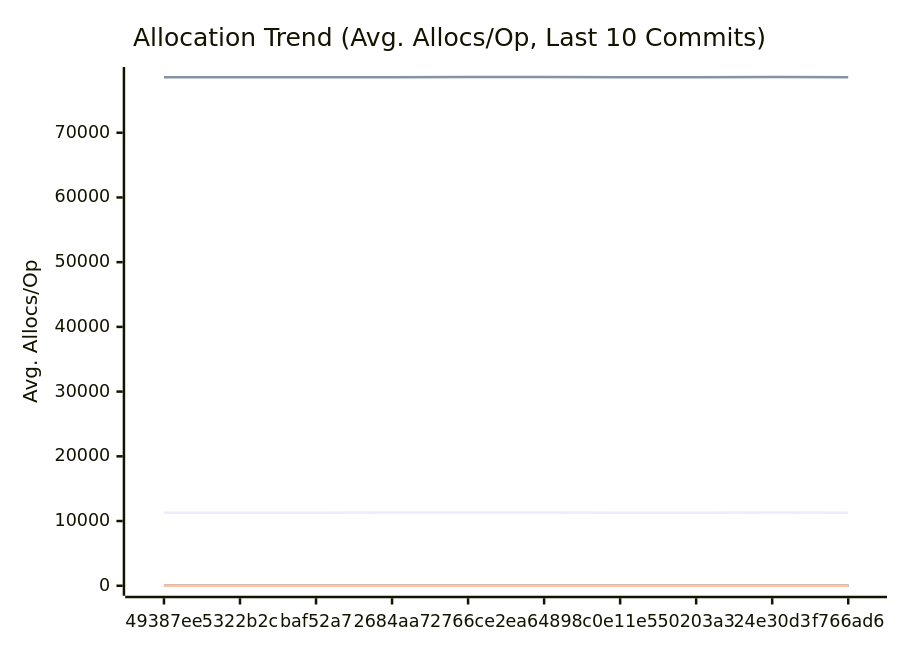
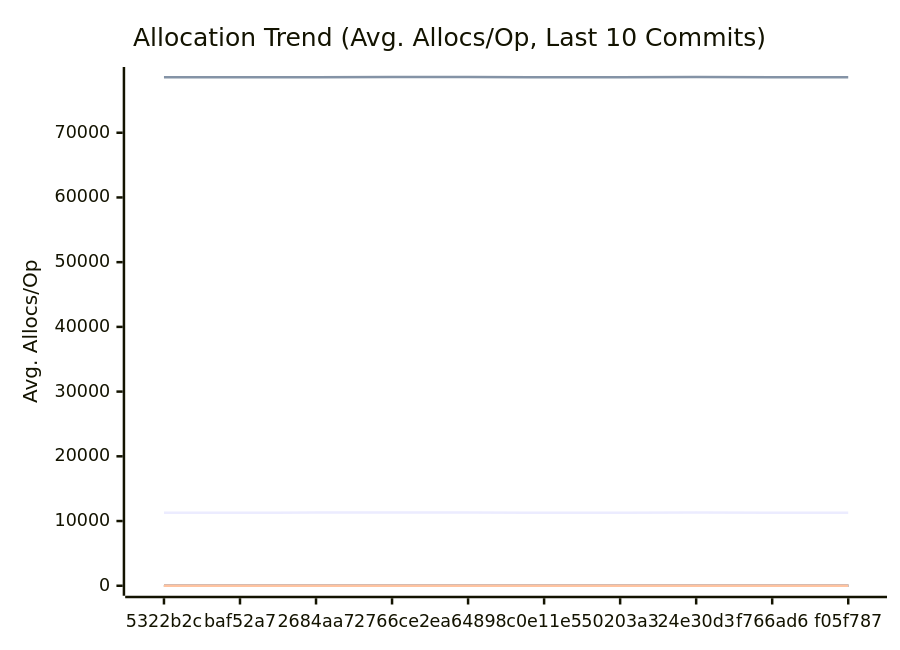
Before and after one commit to alsotoes/momo: the third of 3 diagrams in docs/PERFORMANCE.md, drawn with Mermaid. The commit also changed other lines of this file and 3 other files, not shown here.

````diff
--- a/docs/PERFORMANCE.md
+++ b/docs/PERFORMANCE.md
@@ -197,20 +197,20 @@
 ```mermaid
 xychart-beta
     title "Allocation Trend (Avg. Allocs/Op, Last 10 Commits)"
     x-axis "Commit"
     y-axis "Avg. Allocs/Op"
-    x-axis [49387ee,5322b2c,baf52a7,2684aa7,2766ce2,ea64898,c0e11e5,50203a3,24e30d3,f766ad6]
-    line "AWSChunkedReaderSigned" [11281,11264,11269,11322,11314,11309,11288,11293,11324,11281]
-    line "AWSChunkedReaderUnsigned" [78567,78568,78569,78587,78599,78604,78570,78569,78612,78565]
+    x-axis [5322b2c,baf52a7,2684aa7,2766ce2,ea64898,c0e11e5,50203a3,24e30d3,f766ad6,f05f787]
+    line "AWSChunkedReaderSigned" [11264,11269,11322,11314,11309,11288,11293,11324,11281,11276]
+    line "AWSChunkedReaderUnsigned" [78568,78569,78587,78599,78604,78570,78569,78612,78565,78564]
     line "CheckMetricsAndSwap" [0,0,0,0,0,0,0,0,0,0]
     line "CrushOptimized" [0,0,0,0,0,0,0,0,0,0]
     line "CrushOriginal" [3,3,3,3,3,3,3,3,3,3]
     line "IndexDirectTracking" [0,0,0,0,0,0,0,0,0,0]
     line "IndexSearch" [0,0,0,0,0,0,0,0,0,0]
     line "LoadGlobalConfig" [54,54,54,54,54,54,54,54,54,54]
     line "PadString" [1,1,1,1,1,1,1,1,1,1]
     line "ParseReplicationOrder_NoPrealloc" [6,6,6,6,6,5,5,5,5,5]
     line "ParseReplicationOrder_Prealloc" [2,2,2,2,2,1,1,1,1,1]
     line "SanitizeLog/Safe" [0,0,0,0,0,0,0,0,0,0]
     line "SanitizeLog/Unsafe" [1,1,1,1,1,1,1,1,1,1]
 ```
````
